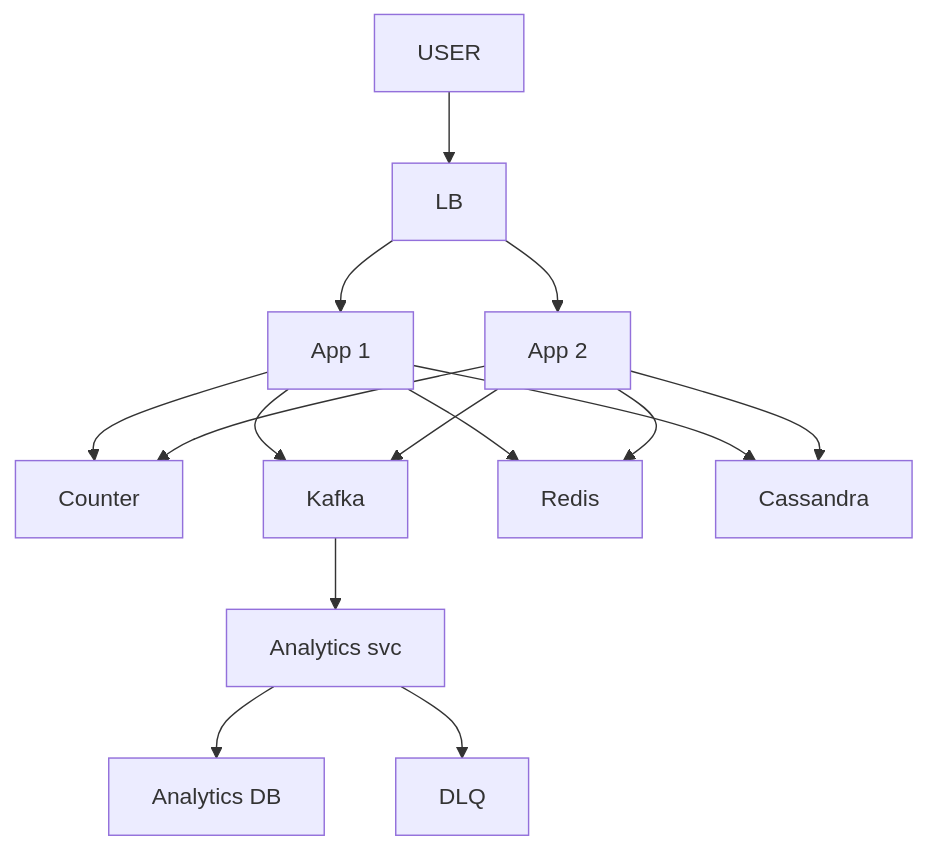
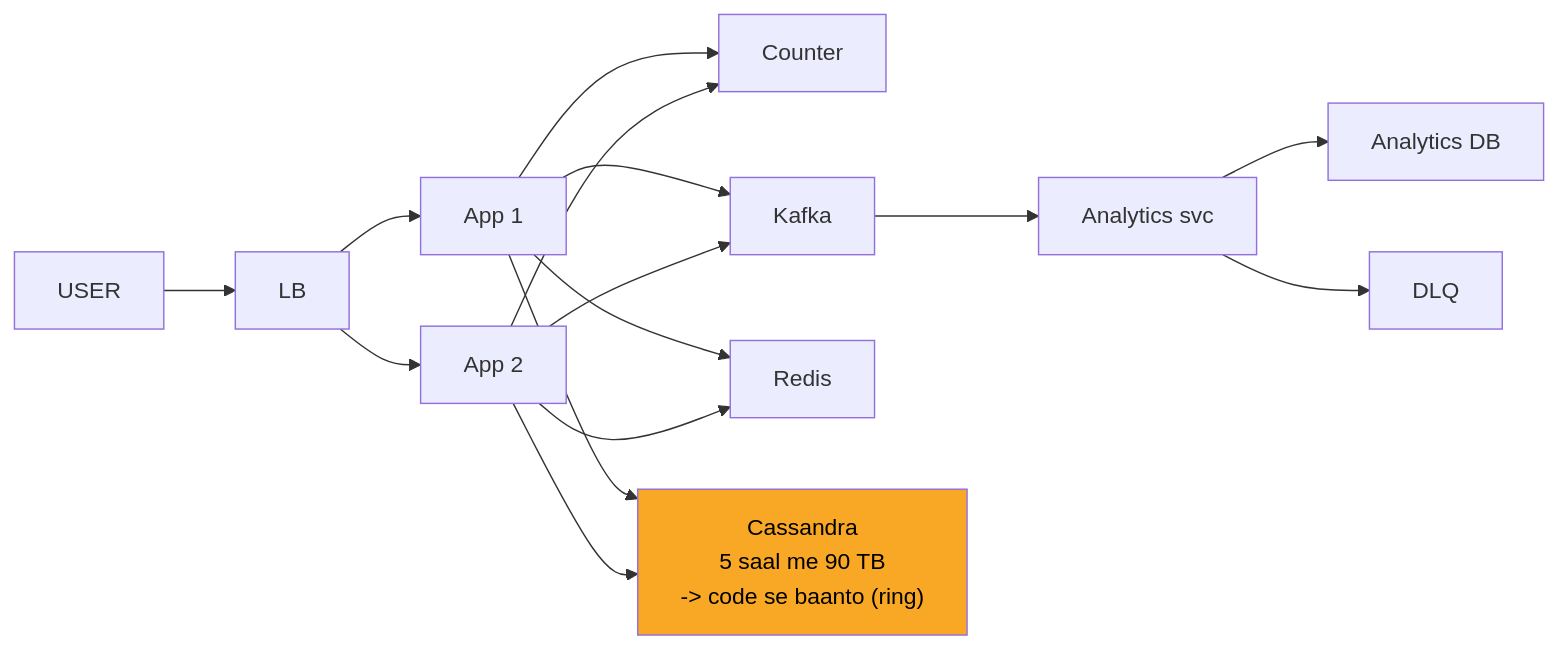
One commit to ArpanMaheshwari144/Prep changed the sixth of 10 diagrams in 04_HLD/SYSTEM_DESIGNS/01_url_shortener/01_url_shortener.md. Above: the diagram before and after it, drawn with Mermaid. The commit also changed other lines of this file and 2 other files, not shown here.

Commit message:
url shortener, rate limiter, twitter: one-day story, short cards, follow-ups with rules, highlighted diagrams

````diff
--- a/04_HLD/SYSTEM_DESIGNS/01_url_shortener/01_url_shortener.md
+++ b/04_HLD/SYSTEM_DESIGNS/01_url_shortener/01_url_shortener.md
@@ -272,28 +267,29 @@
 ```mermaid
-flowchart TD
+flowchart LR
     n_USER["USER"]
     n_LB["LB"]
     n_App_x_N_1["App 1"]
     n_App_x_N_2["App 2"]
     n_Counter["Counter"]
     n_Kafka["Kafka"]
     n_Analytics_svc["Analytics svc"]
     n_Analytics_DB["Analytics DB"]
     n_DLQ["DLQ"]
     n_Redis["Redis"]
-    n_Cassandra["Cassandra"]
+    n_Cassandra["Cassandra<br/>5 saal me 90 TB<br/>-> code se baanto (ring)"]
     n_USER --> n_LB
     n_LB --> n_App_x_N_1
     n_LB --> n_App_x_N_2
     n_App_x_N_1 --> n_Counter
     n_App_x_N_2 --> n_Counter
     n_App_x_N_1 --> n_Kafka
     n_App_x_N_2 --> n_Kafka
     n_App_x_N_1 --> n_Redis
     n_App_x_N_2 --> n_Redis
     n_Kafka --> n_Analytics_svc
     n_Analytics_svc --> n_Analytics_DB
     n_App_x_N_1 --> n_Cassandra
     n_App_x_N_2 --> n_Cassandra
     n_Analytics_svc --> n_DLQ
+    style n_Cassandra fill:#f9a825,color:#000
 ```
````
